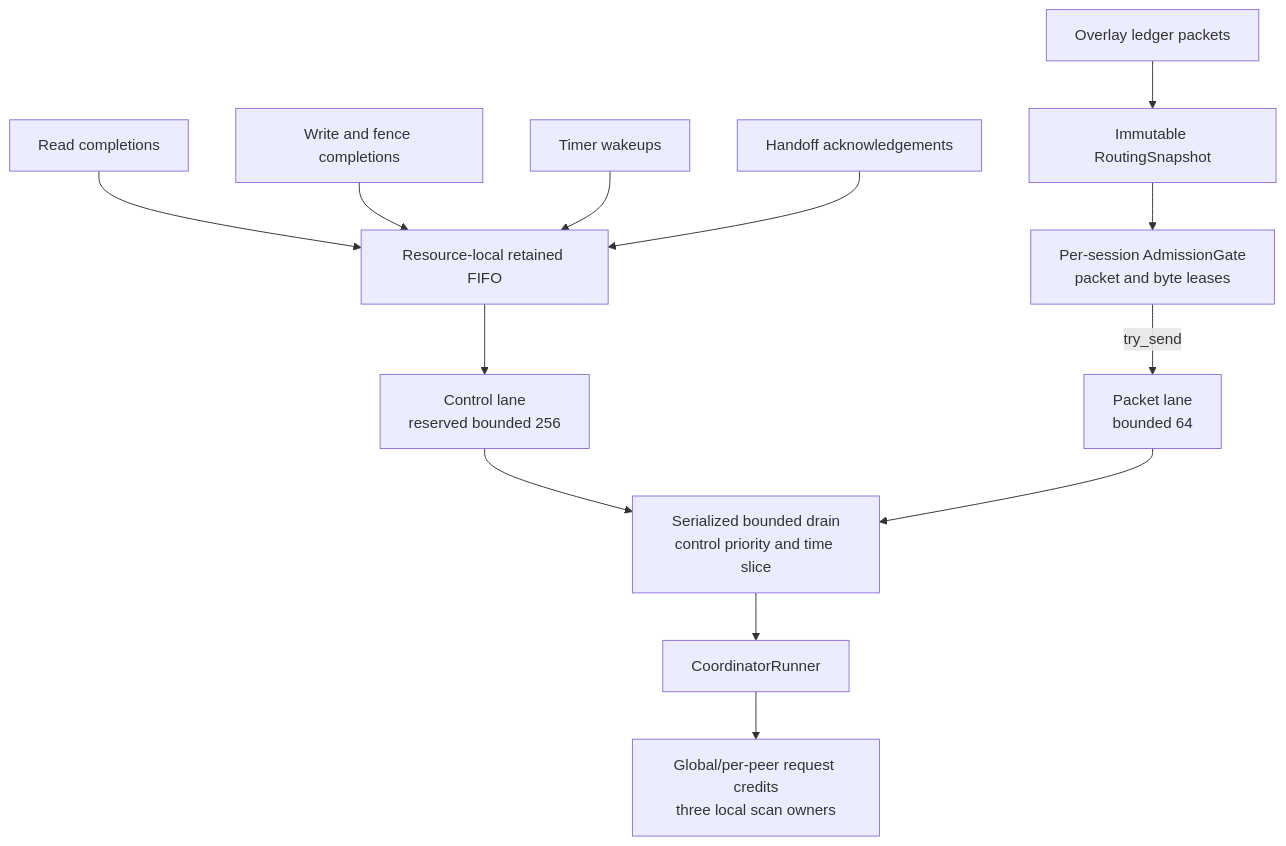
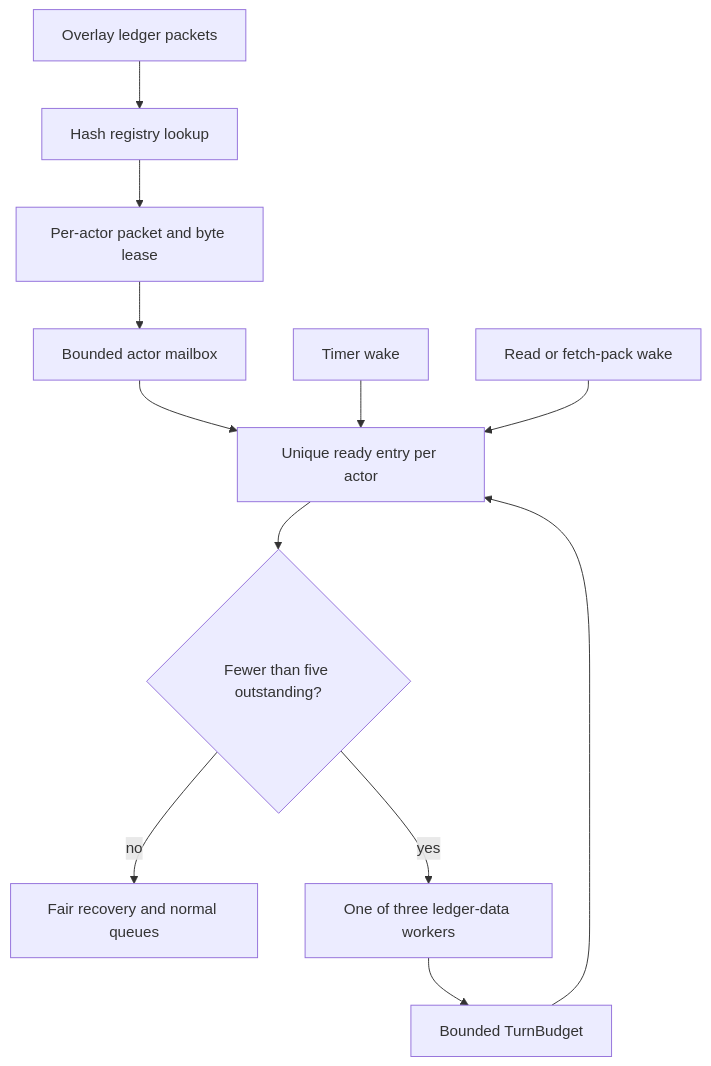
The eighth of 10 diagrams in docs/ACQUISITION.md (TusharPardhe/quaxar), drawn with Mermaid before and after one commit. The commit also changed other lines of this file and 9 other files, not shown here.

````diff
--- a/docs/ACQUISITION.md
+++ b/docs/ACQUISITION.md
@@ -341,17 +318,14 @@
 ```mermaid
 flowchart TB
-    OVERLAY[Overlay ledger packets] --> ROUTE[Immutable RoutingSnapshot]
-    ROUTE --> GATE[Per-session AdmissionGate<br/>packet and byte leases]
-    GATE -->|try_send| PACKET[Packet lane<br/>bounded 64]
-
-    READS[Read completions] --> RETAIN[Resource-local retained FIFO]
-    WRITES[Write and fence completions] --> RETAIN
-    TIMERS[Timer wakeups] --> RETAIN
-    HANDOFF[Handoff acknowledgements] --> RETAIN
-    RETAIN --> CONTROL[Control lane<br/>reserved bounded 256]
-
-    CONTROL --> DRAIN[Serialized bounded drain<br/>control priority and time slice]
-    PACKET --> DRAIN
-    DRAIN --> RUNNER[CoordinatorRunner]
-    RUNNER --> OUT[Global/per-peer request credits<br/>three local scan owners]
+    OVERLAY[Overlay ledger packets] --> LOOKUP[Hash registry lookup]
+    LOOKUP --> GATE[Per-actor packet and byte lease]
+    GATE --> MAILBOX[Bounded actor mailbox]
+    MAILBOX --> READY[Unique ready entry per actor]
+    TIMEOUT[Timer wake] --> READY
+    READ[Read or fetch-pack wake] --> READY
+    READY --> LIMIT{Fewer than five outstanding?}
+    LIMIT -- no --> WAIT[Fair recovery and normal queues]
+    LIMIT -- yes --> WORKER[One of three ledger-data workers]
+    WORKER --> BUDGET[Bounded TurnBudget]
+    BUDGET --> READY
 ```
````
